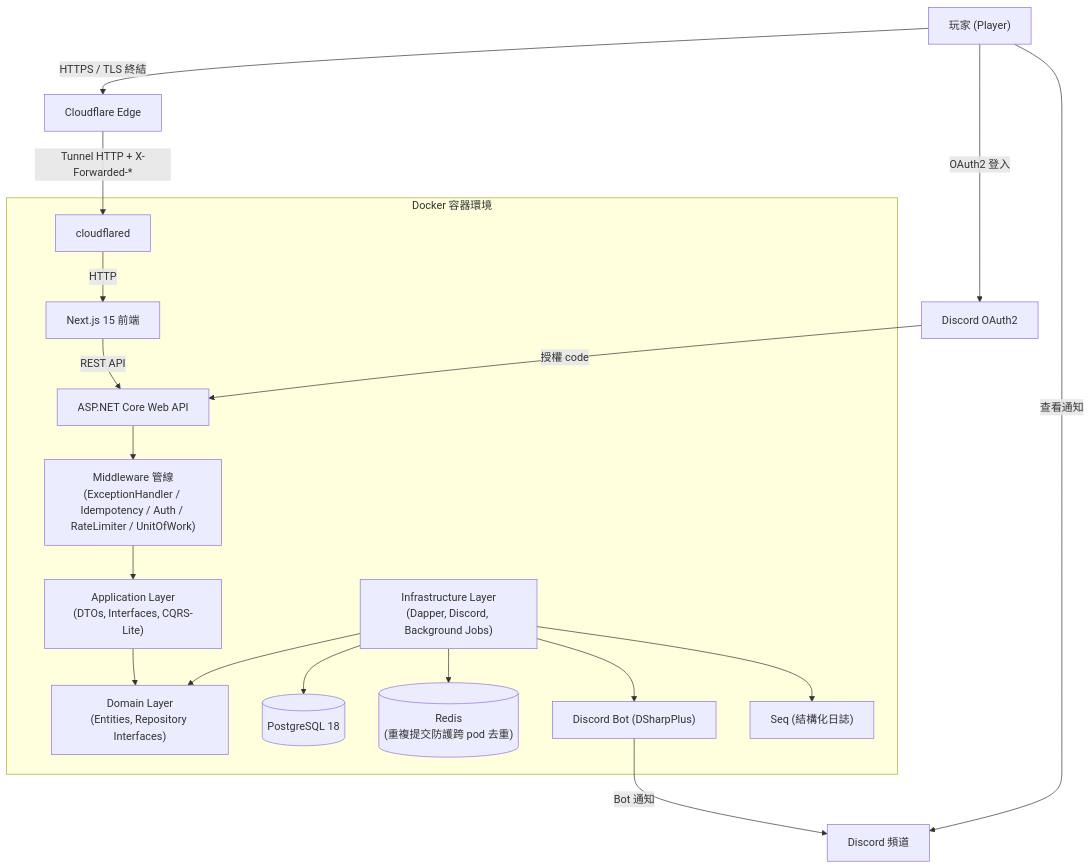
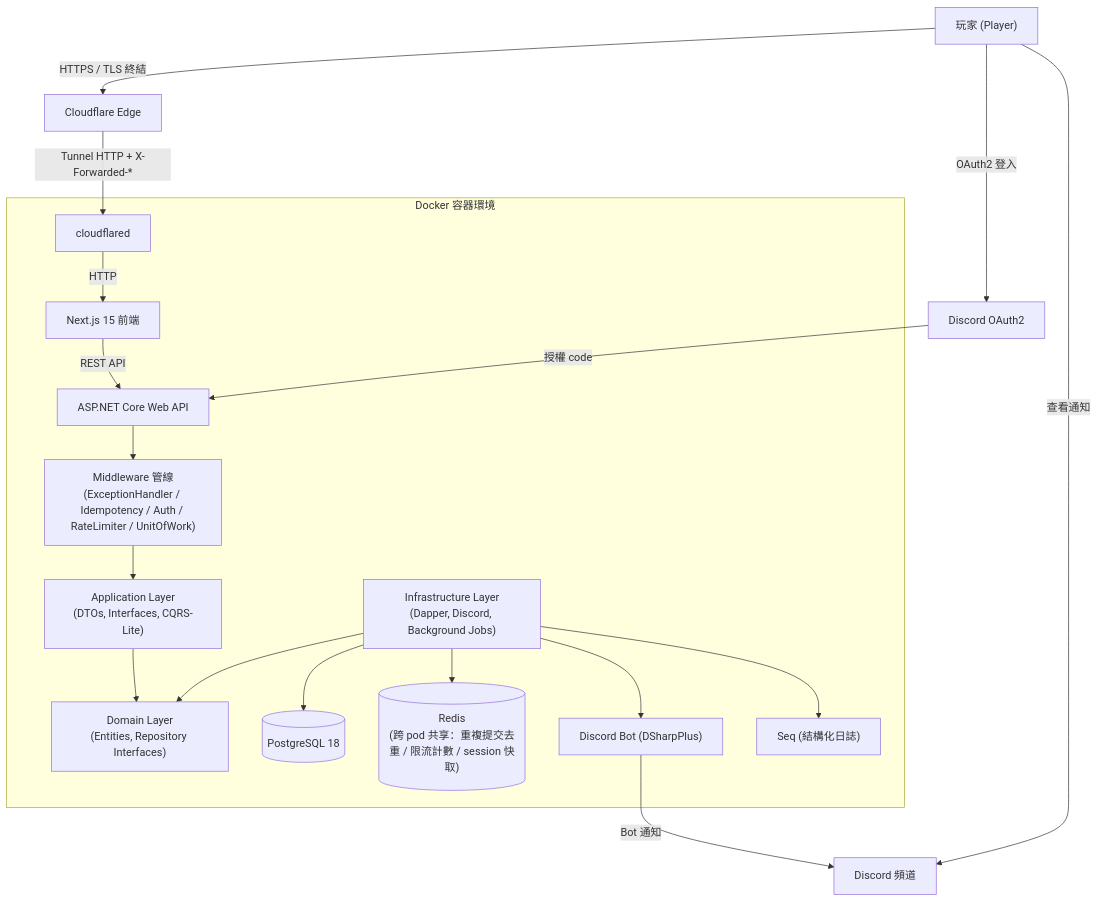
One commit to MinMiss5678/MapleStoryRaidScheduler changed the first of 8 diagrams in docs/architecture.md. Above: the diagram before and after it, drawn with Mermaid. The commit also changed other lines of this file and 2 other files, not shown here.

First line of the commit message:
docs: 同步 session-Redis 與 outbox；移除死碼 DbContext.AfterCommit (#5)

````diff
--- a/docs/architecture.md
+++ b/docs/architecture.md
@@ -11,24 +11,24 @@
 ```mermaid
 graph TD
     User["玩家 (Player)"] -->|HTTPS / TLS 終結| Cloudflare["Cloudflare Edge"]
     Cloudflare -->|Tunnel HTTP + X-Forwarded-*| Cloudflared["cloudflared"]
 
     subgraph "Docker 容器環境"
         Cloudflared -->|HTTP| Frontend["Next.js 15 前端"]
         Frontend -->|REST API| Backend["ASP.NET Core Web API"]
         Backend --> Middleware["Middleware 管線\n(ExceptionHandler / Idempotency / Auth / RateLimiter / UnitOfWork)"]
         Middleware --> Application["Application Layer\n(DTOs, Interfaces, CQRS-Lite)"]
         Application --> Domain["Domain Layer\n(Entities, Repository Interfaces)"]
         Infrastructure["Infrastructure Layer\n(Dapper, Discord, Background Jobs)"] --> Domain
 
         Infrastructure --> DB[("PostgreSQL 18")]
-        Infrastructure --> Redis[("Redis\n(重複提交防護跨 pod 去重)")]
+        Infrastructure --> Redis[("Redis\n(跨 pod 共享：重複提交去重 / 限流計數 / session 快取)")]
         Infrastructure --> DiscordBot["Discord Bot (DSharpPlus)"]
         Infrastructure --> Seq["Seq (結構化日誌)"]
     end
 
     DiscordBot -->|Bot 通知| DiscordChannel["Discord 頻道"]
     User -->|查看通知| DiscordChannel
     User -->|OAuth2 登入| DiscordOAuth["Discord OAuth2"]
     DiscordOAuth -->|授權 code| Backend
 ```
````
